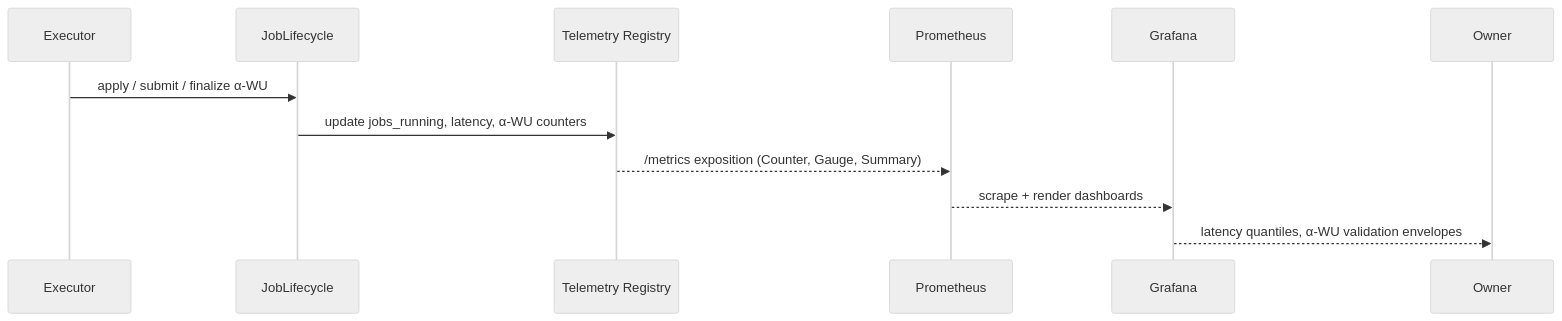
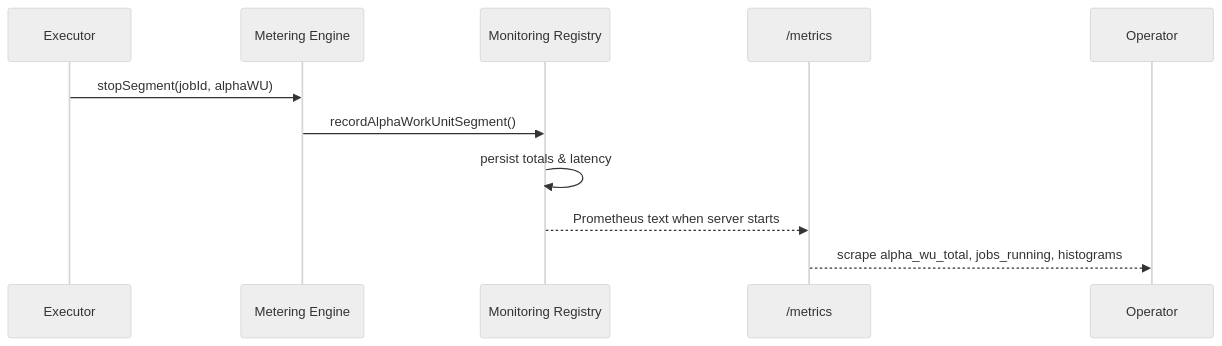
The fourth of 5 diagrams in README.md (MontrealAI/AGI-Alpha-Node-v0), drawn with Mermaid (neutral theme) before and after one commit. The commit also changed other lines of this file and 2 other files, not shown here.

Commit message:
feat: persist telemetry metrics and refresh docs

````diff
--- a/README.md
+++ b/README.md
@@ -221,13 +185,12 @@
 ```mermaid
 sequenceDiagram
     participant Executor
-    participant Lifecycle as JobLifecycle
-    participant Metrics as Telemetry Registry
-    participant Prometheus
-    participant Grafana
-    Executor->>Lifecycle: apply / submit / finalize α-WU
-    Lifecycle->>Metrics: update jobs_running, latency, α-WU counters
-    Metrics-->>Prometheus: /metrics exposition (Counter, Gauge, Summary)
-    Prometheus-->>Grafana: scrape + render dashboards
-    Grafana-->>Owner: latency quantiles, α-WU validation envelopes
+    participant Metering as Metering Engine
+    participant Metrics as Monitoring Registry
+    participant Prom as /metrics
+    Executor->>Metering: stopSegment(jobId, alphaWU)
+    Metering->>Metrics: recordAlphaWorkUnitSegment()
+    Metrics->>Metrics: persist totals & latency
+    Metrics-->>Prom: Prometheus text when server starts
+    Prom-->>Operator: scrape alpha_wu_total, jobs_running, histograms
 ```
````
